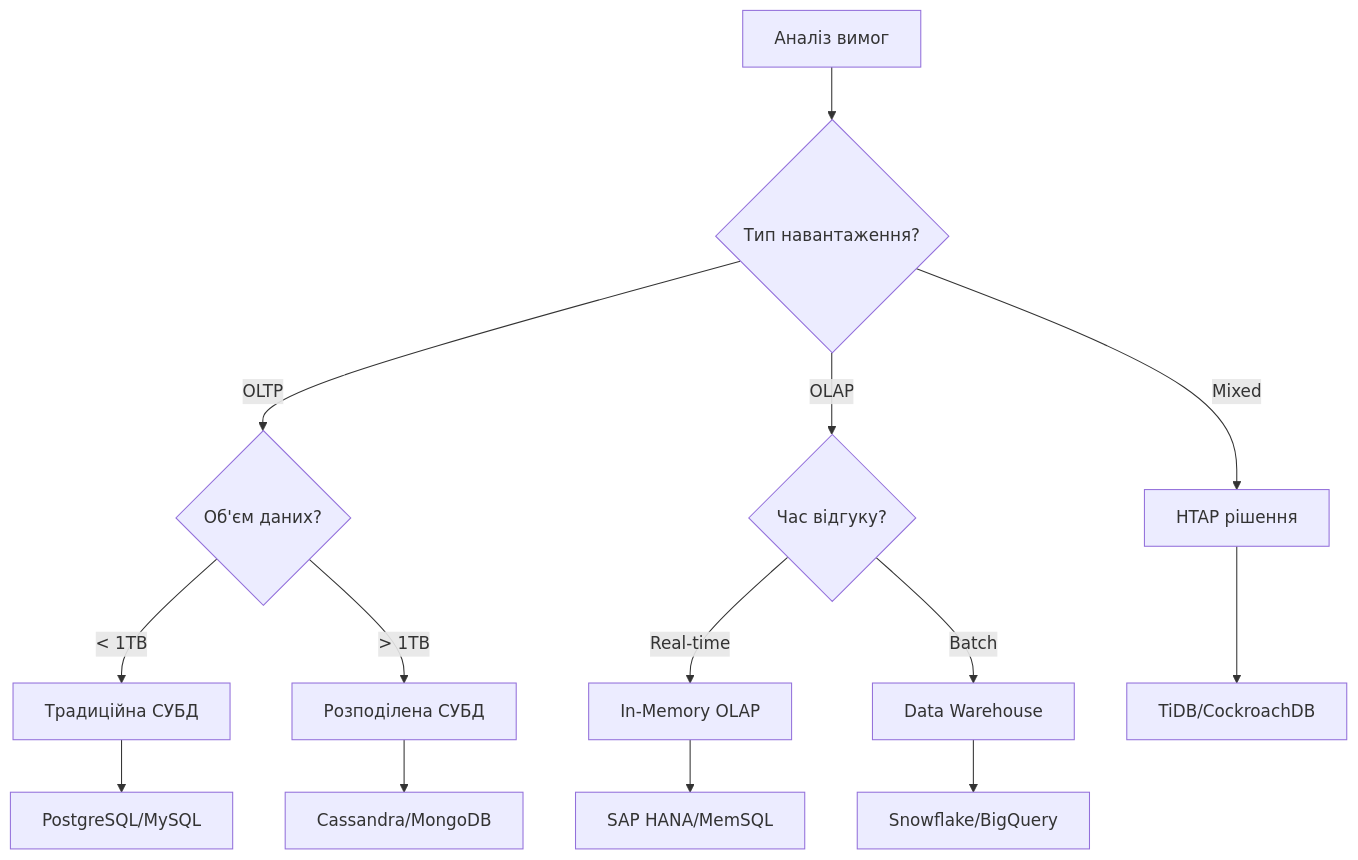
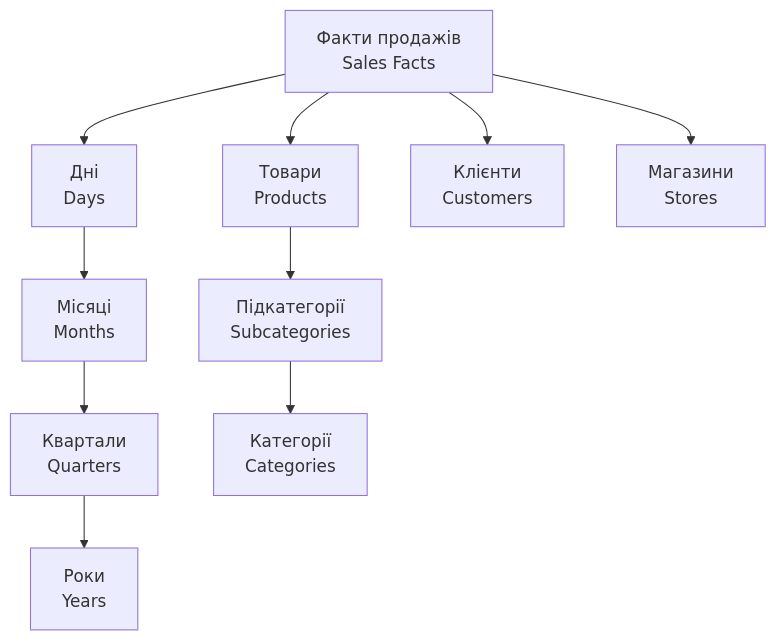
The fifth of 5 diagrams in lectures/lecture-02.md (olroi421/course-bd), drawn with Mermaid before and after one commit. The commit also changed other lines of this file and 7 other files, not shown here.

````diff
--- a/lectures/lecture-02.md
+++ b/lectures/lecture-02.md
@@ -2611,19 +627,14 @@
 ```mermaid
-flowchart TD
-    A[Аналіз вимог] --> B{Тип навантаження?}
-    B -->|OLTP| C{Об'єм даних?}
-    B -->|OLAP| D{Час відгуку?}
-    B -->|Mixed| E[HTAP рішення]
+graph TD
+    A[Дні<br/>Days] --> B[Місяці<br/>Months]
+    B --> C[Квартали<br/>Quarters]
+    C --> D[Роки<br/>Years]
 
-    C -->|< 1TB| F[Традиційна СУБД]
-    C -->|> 1TB| G[Розподілена СУБД]
+    E[Товари<br/>Products] --> F[Підкатегорії<br/>Subcategories]
+    F --> G[Категорії<br/>Categories]
 
-    D -->|Real-time| H[In-Memory OLAP]
-    D -->|Batch| I[Data Warehouse]
-
-    F --> J[PostgreSQL/MySQL]
-    G --> K[Cassandra/MongoDB]
-    H --> L[SAP HANA/MemSQL]
-    I --> M[Snowflake/BigQuery]
-    E --> N[TiDB/CockroachDB]
+    H[Факти продажів<br/>Sales Facts] --> A
+    H --> E
+    H --> I[Клієнти<br/>Customers]
+    H --> J[Магазини<br/>Stores]
 ```
````
